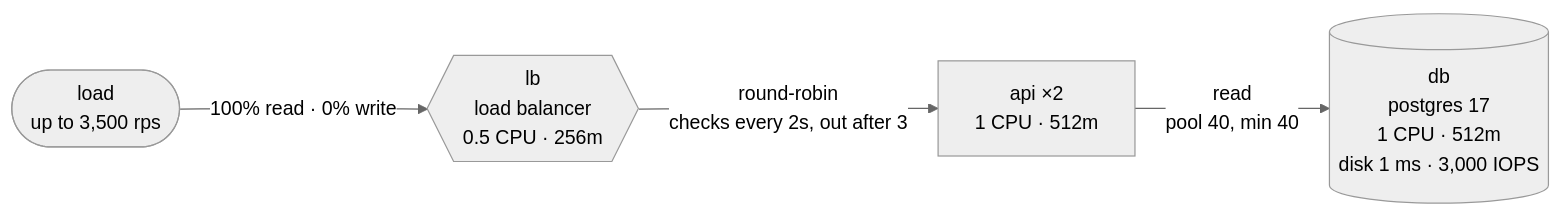
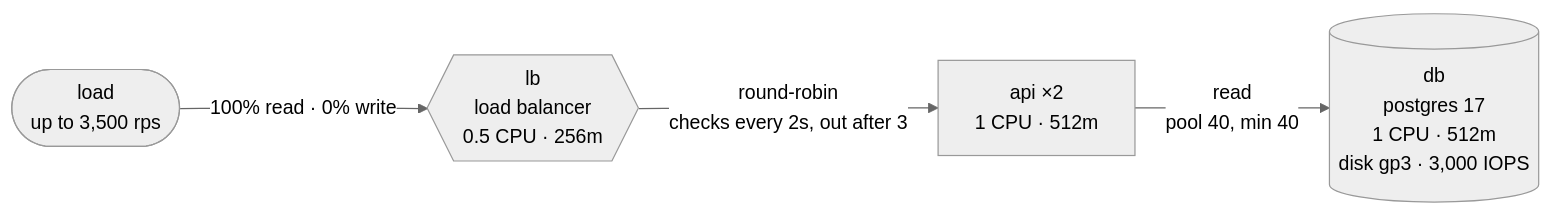
The diagram in scenarios/statement-day/README.md (akinfemi/load-lore), drawn with Mermaid (neutral theme) before and after one commit. The commit also changed other lines of this file and 125 other files, not shown here.

````diff
--- a/scenarios/statement-day/README.md
+++ b/scenarios/statement-day/README.md
@@ -11,10 +11,10 @@
 ```mermaid
 flowchart LR
     load(["load<br/>up to 3,500 rps"])
     lb{{"lb<br/>load balancer<br/>0.5 CPU · 256m"}}
     api["api ×2<br/>1 CPU · 512m"]
-    db[("db<br/>postgres 17<br/>1 CPU · 512m<br/>disk 1 ms · 3,000 IOPS")]
+    db[("db<br/>postgres 17<br/>1 CPU · 512m<br/>disk gp3 · 3,000 IOPS")]
     load -->|"100% read · 0% write"| lb
     lb -->|"round-robin<br/>checks every 2s, out after 3"| api
     api -->|"read<br/>pool 40, min 40"| db
 ```
````
